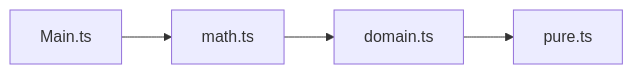
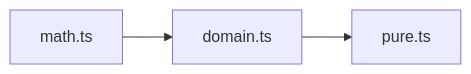
Before and after one commit to muniworth/purity-seal: the third of 4 diagrams in README.md, drawn with Mermaid. The commit also changed other lines of this file and 6 other files, not shown here.

````diff
--- a/README.md
+++ b/README.md
@@ -75,6 +77,5 @@
 ```mermaid
 graph LR;
 	domain.ts --> pure.ts
 	math.ts --> domain.ts
-	Main.ts --> math.ts
 ```
````
